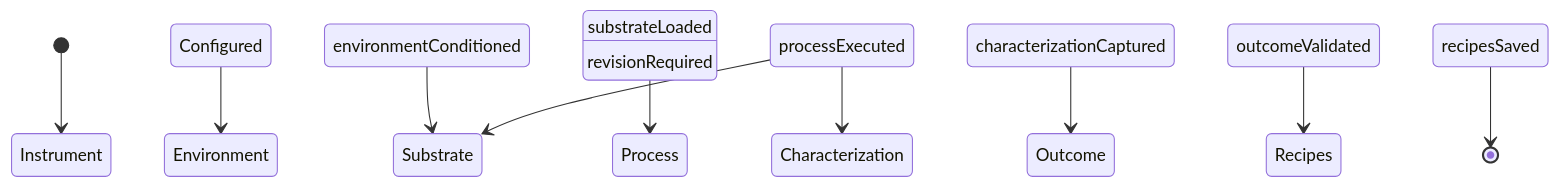
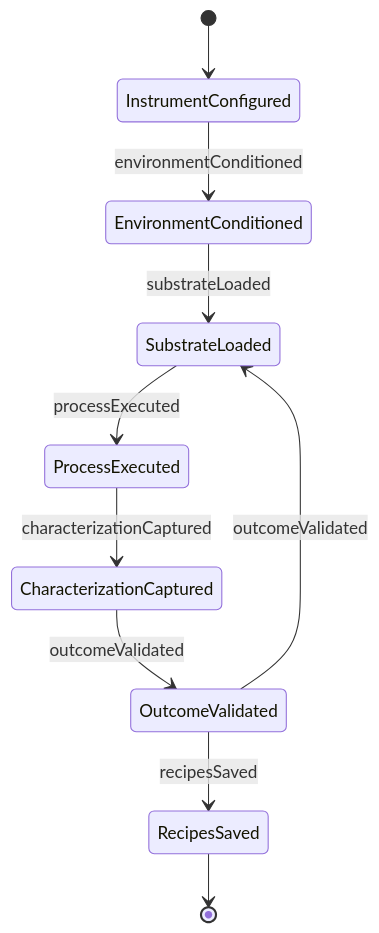
One commit to dot-org-ai/tasks.org.ai changed the second of 4 diagrams in ControllingMachinesAndProcesses/OperateLaboratoryOrFieldEquipment/OperatePrecisionEquipmentControlMicroscopic.mdx. Above: the diagram before and after it, drawn with Mermaid. The commit also changed other lines of this file and 515 other files, not shown here.

````diff
--- a/ControllingMachinesAndProcesses/OperateLaboratoryOrFieldEquipment/OperatePrecisionEquipmentControlMicroscopic.mdx
+++ b/ControllingMachinesAndProcesses/OperateLaboratoryOrFieldEquipment/OperatePrecisionEquipmentControlMicroscopic.mdx
@@ -98,12 +98,12 @@
 ```mermaid
 stateDiagram-v2
-    [*] --> Instrument Configured
-    Instrument Configured --> Environment Conditioned : environmentConditioned
-    Environment Conditioned --> Substrate Loaded : substrateLoaded
-    Substrate Loaded --> Process Executed : processExecuted
-    Process Executed --> Characterization Captured : characterizationCaptured
-    Characterization Captured --> Outcome Validated : outcomeValidated
-    Outcome Validated --> Recipes Saved : recipesSaved
-    Process Executed --> Substrate Loaded : revisionRequired
-    Recipes Saved --> [*]
+    [*] --> InstrumentConfigured
+    InstrumentConfigured --> EnvironmentConditioned : environmentConditioned
+    EnvironmentConditioned --> SubstrateLoaded : substrateLoaded
+    SubstrateLoaded --> ProcessExecuted : processExecuted
+    ProcessExecuted --> CharacterizationCaptured : characterizationCaptured
+    CharacterizationCaptured --> OutcomeValidated : outcomeValidated
+    OutcomeValidated --> RecipesSaved : recipesSaved
+    OutcomeValidated --> SubstrateLoaded : outcomeValidated
+    RecipesSaved --> [*]
 ```
````
